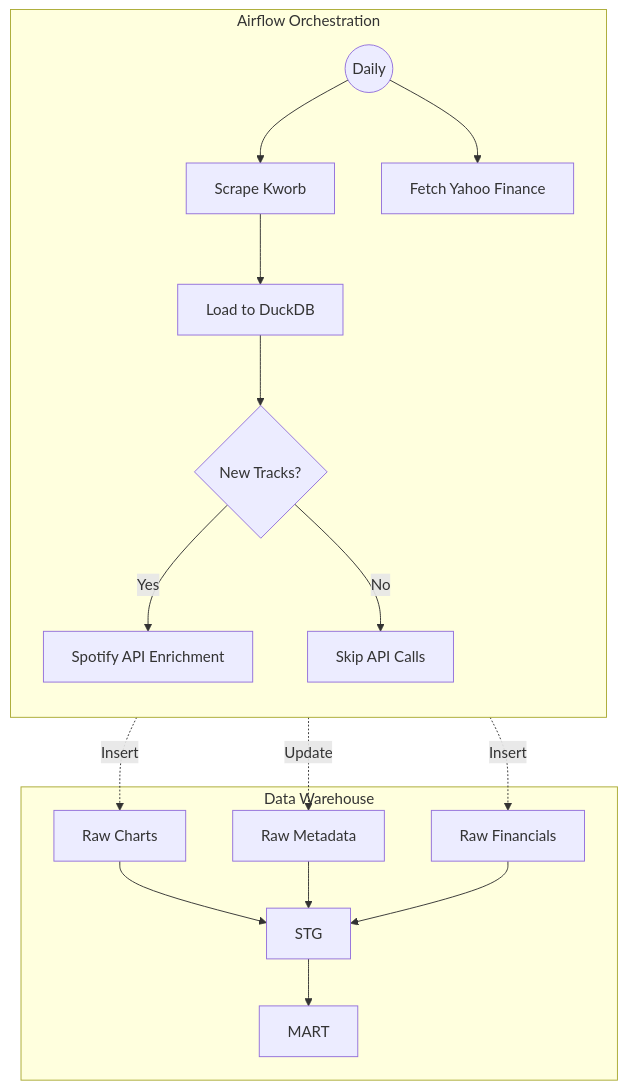
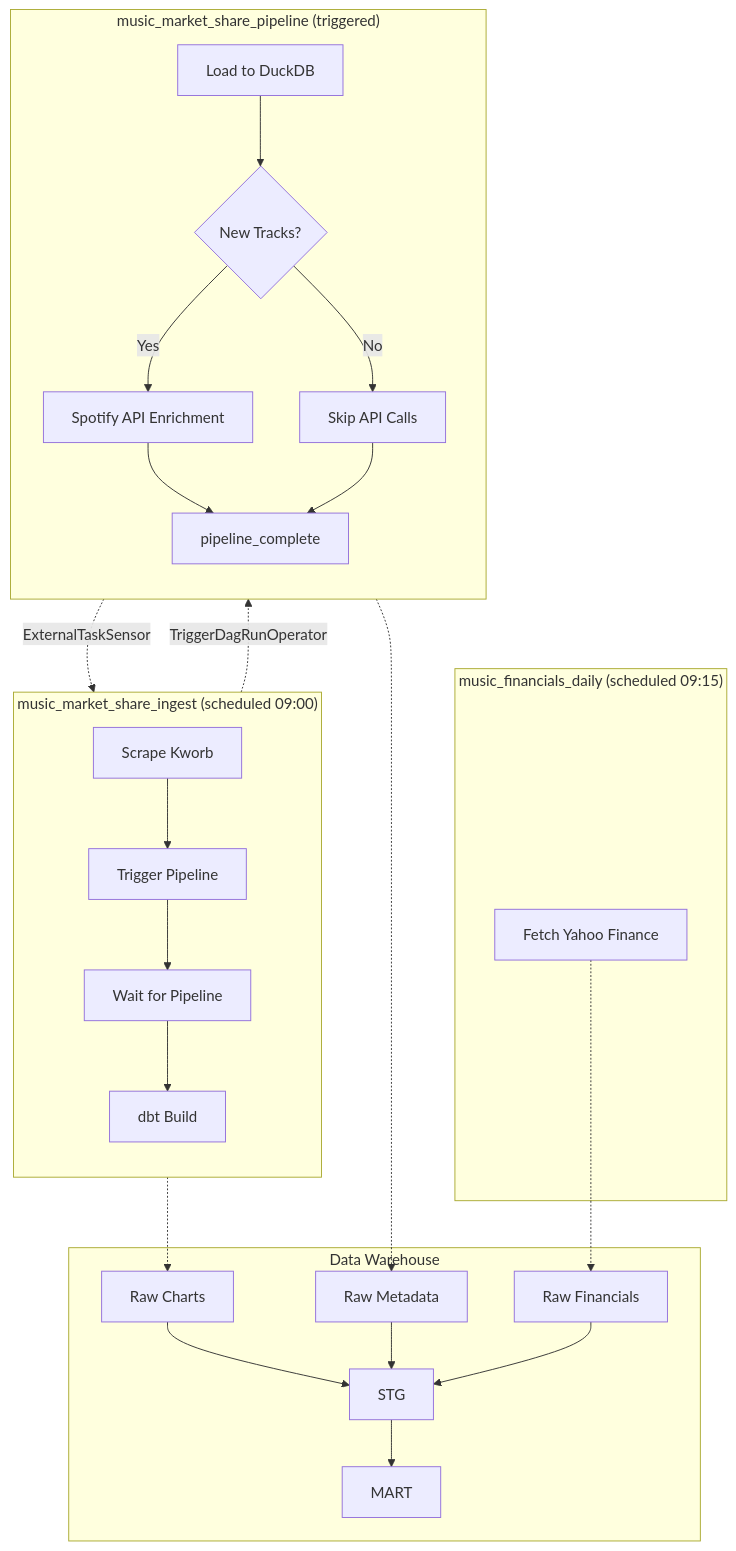
The second of 2 diagrams in README.md (gustavlan/streaming-market-signals), drawn with Mermaid before and after one commit. The commit also changed other lines of this file, not shown here.

Commit message:
updated to show new dag architecture

````diff
--- a/README.md
+++ b/README.md
@@ -27,23 +27,35 @@
 ```mermaid
 flowchart TB
-    subgraph Airflow["Airflow Orchestration"]
+    subgraph Ingest["music_market_share_ingest (scheduled 09:00)"]
         direction TB
-        Daily_Trigger((Daily)) --> Scrape[Scrape Kworb]
-        Daily_Trigger --> Stocks[Fetch Yahoo Finance]
-        Scrape --> Load[Load to DuckDB]
-        Load --> Check{New Tracks?}
+        Scrape[Scrape Kworb] --> Trigger[Trigger Pipeline]
+        Trigger --> Wait[Wait for Pipeline]
+        Wait --> DBT[dbt Build]
+    end
+
+    subgraph Pipeline["music_market_share_pipeline (triggered)"]
+        direction TB
+        Load[Load to DuckDB] --> Check{New Tracks?}
         Check -- Yes --> Enrich[Spotify API Enrichment]
         Check -- No --> Skip[Skip API Calls]
+        Enrich --> Complete[pipeline_complete]
+        Skip --> Complete
     end
 
+    subgraph Financials["music_financials_daily (scheduled 09:15)"]
+        Stocks[Fetch Yahoo Finance]
+    end
+
+    Trigger -.-> |TriggerDagRunOperator| Load
+    Complete -.-> |ExternalTaskSensor| Wait
+
     subgraph Data["Data Warehouse"]
-        Load -.-> |Insert| RAW_Charts[Raw Charts]
-        Enrich -.-> |Update| RAW_Meta[Raw Metadata]
-        Stocks -.-> |Insert| RAW_Fin[Raw Financials]
-        
+        Scrape -.-> RAW_Charts[Raw Charts]
+        Enrich -.-> RAW_Meta[Raw Metadata]
+        Stocks -.-> RAW_Fin[Raw Financials]
         RAW_Charts --> STG
         RAW_Meta --> STG
         RAW_Fin --> STG
         STG --> MART
     end
 ```
````
